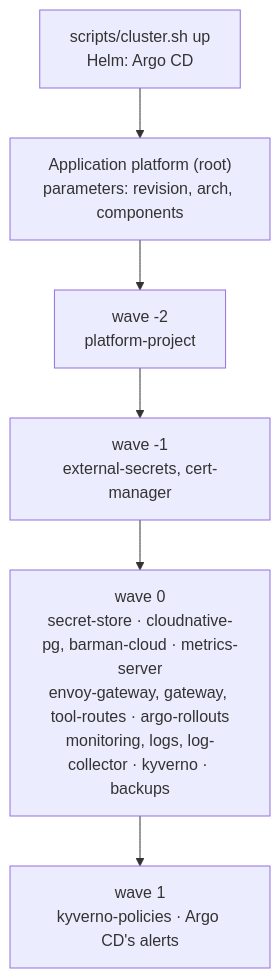
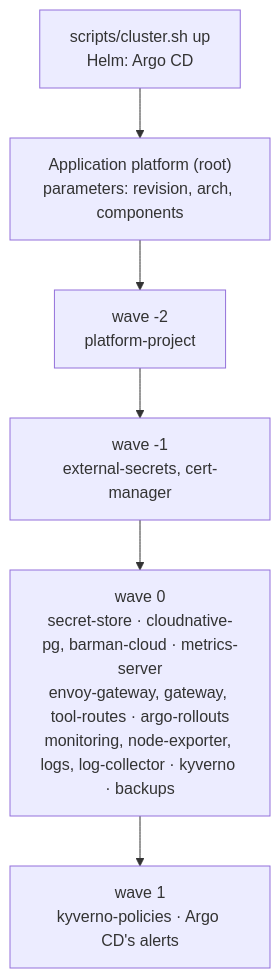
The second of 3 diagrams in docs/DESIGN.md (easypeasyops/platform), drawn with Mermaid before and after one commit. The commit also changed other lines of this file and 8 other files, not shown here.

First line of the commit message:
monitoring: node-exporter runs in a namespace of its own (PT-11)

````diff
--- a/docs/DESIGN.md
+++ b/docs/DESIGN.md
@@ -196,8 +196,8 @@
 ```mermaid
 flowchart TB
   CS["scripts/cluster.sh up<br/>Helm: Argo CD"] --> Root["Application platform (root)<br/>parameters: revision, arch, components"]
   Root --> WP["wave -2<br/>platform-project"]
   WP --> WB["wave -1<br/>external-secrets, cert-manager"]
-  WB --> W0["wave 0<br/>secret-store · cloudnative-pg, barman-cloud · metrics-server<br/>envoy-gateway, gateway, tool-routes · argo-rollouts<br/>monitoring, logs, log-collector · kyverno · backups"]
+  WB --> W0["wave 0<br/>secret-store · cloudnative-pg, barman-cloud · metrics-server<br/>envoy-gateway, gateway, tool-routes · argo-rollouts<br/>monitoring, node-exporter, logs, log-collector · kyverno · backups"]
   W0 --> W1["wave 1<br/>kyverno-policies · Argo CD's alerts"]
 ```
````
